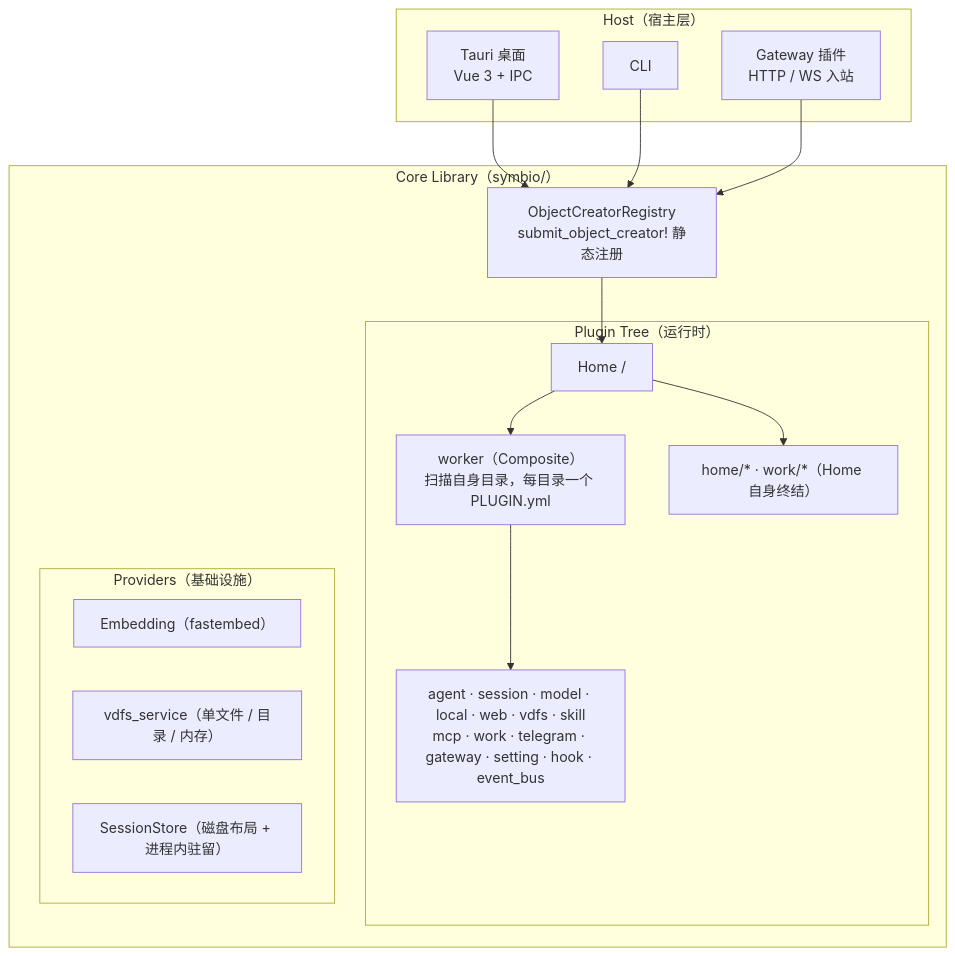
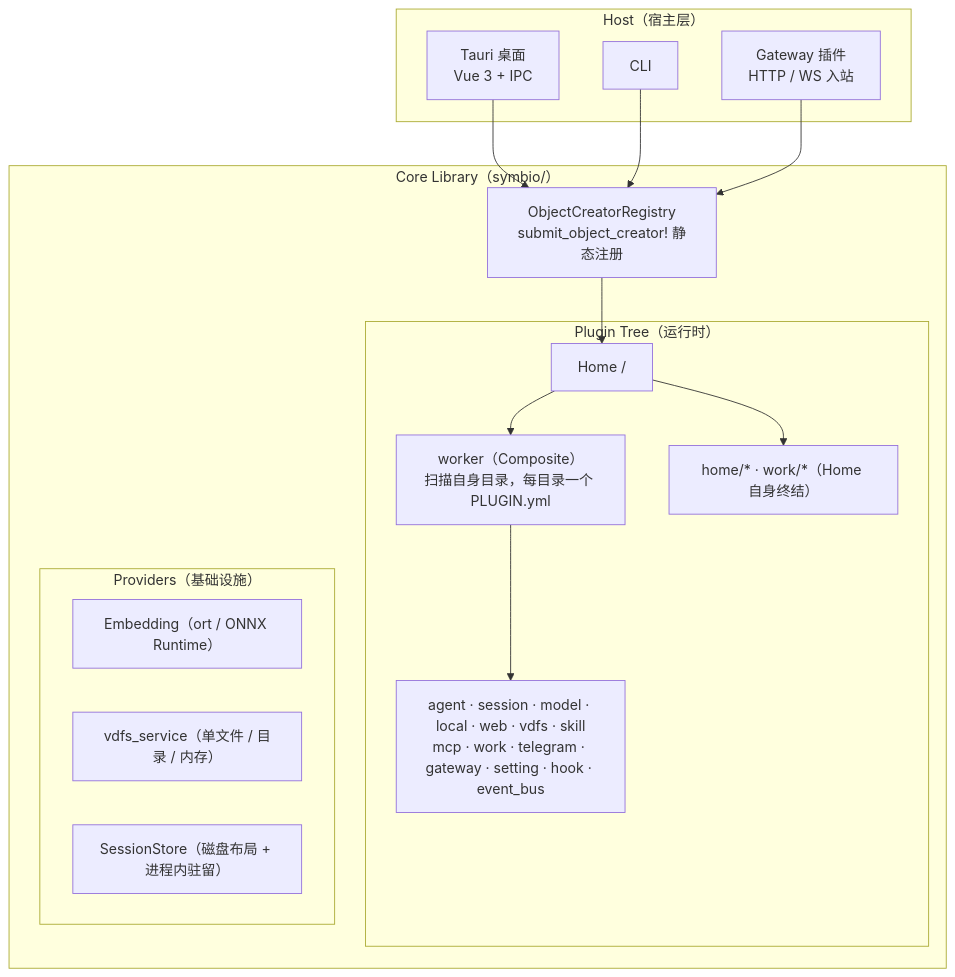
The diagram in docs/SYSTEM_MAP.md (agiwave/symbio), drawn with Mermaid before and after one commit. The commit also changed other lines of this file and 28 other files, not shown here.

````diff
--- a/docs/SYSTEM_MAP.md
+++ b/docs/SYSTEM_MAP.md
@@ -8,29 +11,29 @@
 ```mermaid
 graph TD
     subgraph HOST["Host（宿主层）"]
         T["Tauri 桌面<br/>Vue 3 + IPC"]
         C["CLI"]
         G["Gateway 插件<br/>HTTP / WS 入站"]
     end
 
     subgraph CORE["Core Library（symbio/）"]
         REG["ObjectCreatorRegistry<br/>submit_object_creator! 静态注册"]
         subgraph TREE["Plugin Tree（运行时）"]
             HOME["Home /"]
             W["worker（Composite）<br/>扫描自身目录，每目录一个 PLUGIN.yml"]
             HOME --> W
             W --> GROUP["agent · session · model · local · web · vdfs · skill<br/>mcp · work · telegram · gateway · setting · hook · event_bus"]
             HOME --> HW["home/* · work/*（Home 自身终结）"]
         end
         subgraph PROV["Providers（基础设施）"]
-            EM["Embedding（fastembed）"]
+            EM["Embedding（ort / ONNX Runtime）"]
             VS["vdfs_service（单文件 / 目录 / 内存）"]
             SS["SessionStore（磁盘布局 + 进程内驻留）"]
         end
         REG --> HOME
     end
 
     T --> REG
     C --> REG
     G --> REG
 ```
````
